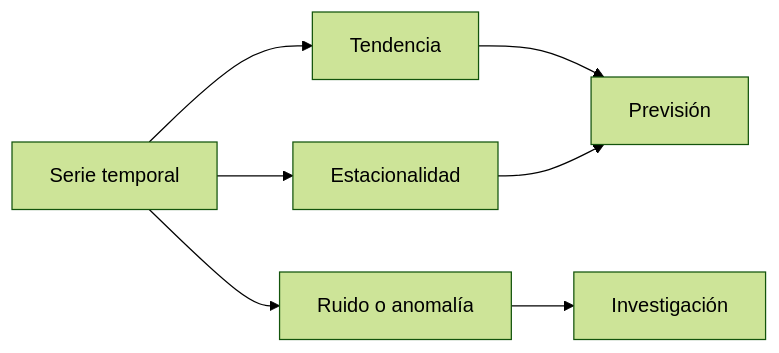
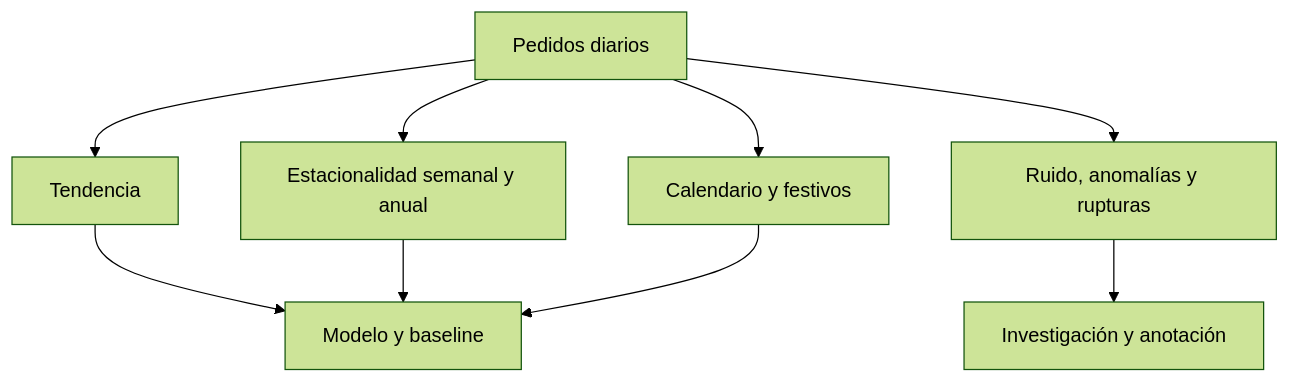
The diagram in curso/11-series-temporales/lecciones/02-componentes-de-una-serie.md (Ayhur/CursoAnalista), drawn with Mermaid (forest theme) before and after one commit. The commit also changed other lines of this file and 19 other files, not shown here.

````diff
--- a/curso/11-series-temporales/lecciones/02-componentes-de-una-serie.md
+++ b/curso/11-series-temporales/lecciones/02-componentes-de-una-serie.md
@@ -9,9 +9,11 @@
 ```mermaid
-flowchart LR
- A[Serie temporal] --> B[Tendencia]
- A --> C[Estacionalidad]
- A --> D[Ruido o anomalía]
- B --> E[Previsión]
- C --> E
- D --> F[Investigación]
+flowchart TD
+ A[Pedidos diarios] --> B[Tendencia]
+ A --> C[Estacionalidad semanal y anual]
+ A --> D[Calendario y festivos]
+ A --> E[Ruido, anomalías y rupturas]
+ B --> F[Modelo y baseline]
+ C --> F
+ D --> F
+ E --> G[Investigación y anotación]
 ```
````
